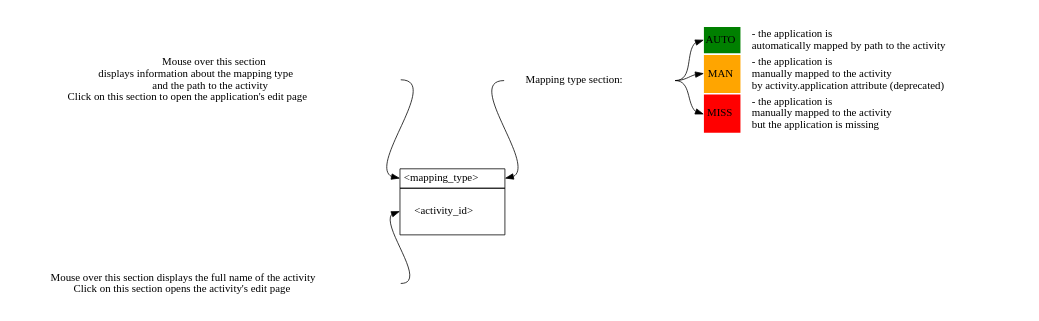
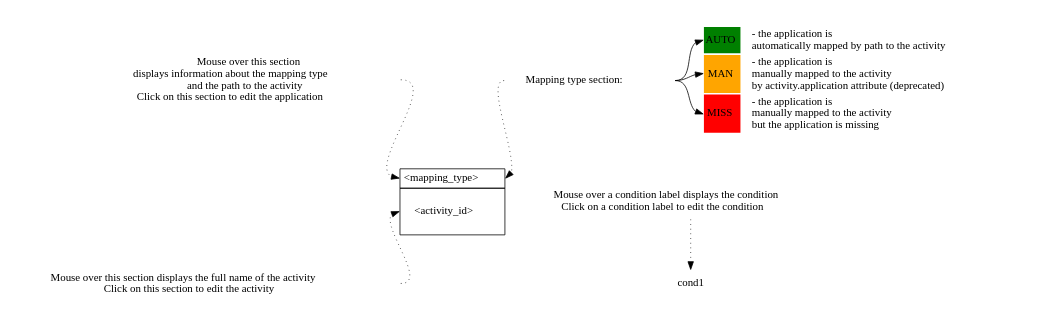
Before and after one commit to eea/Products.Reportek: the diagram in Products/Reportek/www/workflow_graph_description.dot, drawn with Graphviz.

Commit message:
add graph condition actions description

```diff
--- a/Products/Reportek/www/workflow_graph_description.dot
+++ b/Products/Reportek/www/workflow_graph_description.dot
@@ -1,86 +1,98 @@
 digraph structs {
     size = "10,5"
     rankdir = "TB"
     node [shape=plaintext]
 
     sample_box [label=<
 <TABLE BORDER="0" CELLBORDER="1" CELLSPACING="0" CELLPADDING="4">
   <TR>
     <TD PORT="app">&lt;mapping_type&gt;</TD>
   </TR>
   <TR>
     <TD HEIGHT="60" PORT="activity">&lt;activity_id&gt;</TD>
   </TR>
 </TABLE>>];
 
     tag_actions_desc [label=<
 <TABLE CELLBORDER="0" BORDER="0">
   <TR>
     <TD PORT="desc">
         Mouse over this section<BR/>displays information about the mapping type<BR/>
         and the path to the activity<BR/>
-        Click on this section to open the application's edit page
+        Click on this section to edit the application
     </TD>
   </TR>
 </TABLE>>];
 
     tag_desc [label=<
 <TABLE CELLBORDER="0" BORDER="0">
   <TR>
     <TD PORT="desc">
         Mapping type section:
     </TD>
   </TR>
 </TABLE>>];
 
   tags [label=<
 <TABLE CELLBORDER="0" BORDER="0">
 <TR>
   <TD BGCOLOR="green" PORT="auto">AUTO</TD>
   <TD ALIGN="LEFT" BALIGN="LEFT">
     - the application is<BR/>
     automatically mapped by path to the activity
   </TD>
 </TR>
 <TR>
   <TD BGCOLOR="orange" PORT="man">MAN</TD>
   <TD ALIGN="LEFT" BALIGN="LEFT">
     - the application is<BR/>
     manually mapped to the activity<BR/>
     by activity.application attribute (deprecated)</TD>
 </TR>
 <TR>
   <TD BGCOLOR="red" PORT="miss">MISS</TD>
   <TD ALIGN="LEFT" BALIGN="LEFT">
     - the application is<BR/>
     manually mapped to the activity<BR/>
     but the application is missing</TD>
 </TR>
 </TABLE>>];
 
 
     levels = 3
     pad = 0.2
 
     subgraph { rank=same tag_actions_desc tag_desc tags}
-    subgraph { sample_box}
+    subgraph { sample_box }
 
     activity_actions_desc [label=<
 <TABLE CELLBORDER="0" BORDER="0">
   <TR>
     <TD PORT="desc">
         Mouse over this section displays the full name of the activity<BR/>
-        Click on this section opens the activity's edit page
+        Click on this section to edit the activity
+    </TD>
+  </TR>
+</TABLE>>];
+
+    condition_actions_desc [label=<
+<TABLE CELLBORDER="0" BORDER="0">
+  <TR>
+    <TD PORT="desc">
+        Mouse over a condition label displays the condition<BR/>
+        Click on a condition label to edit the condition
     </TD>
   </TR>
 </TABLE>>];
 
     subgraph { rank=max activity_actions_desc }
 
-    tag_desc:desc:w -> sample_box:app:e;
-    tag_actions_desc:desc:e -> sample_box:app:w;
+    tag_desc:desc:w -> sample_box:app:e [style=dotted];
+    tag_actions_desc:desc:e -> sample_box:app:w [style=dotted];
     tag_desc:desc:e -> tags:auto:w;
     tag_desc:desc:e -> tags:man:w;
     tag_desc:desc:e -> tags:miss:w;
-    activity_actions_desc:desc:e -> sample_box:activity:w;
+    activity_actions_desc:desc:e -> sample_box:activity:w [style=dotted];
+    cond [ label="cond1" ];
+    condition_actions_desc -> cond [style=dotted];
 }
```
